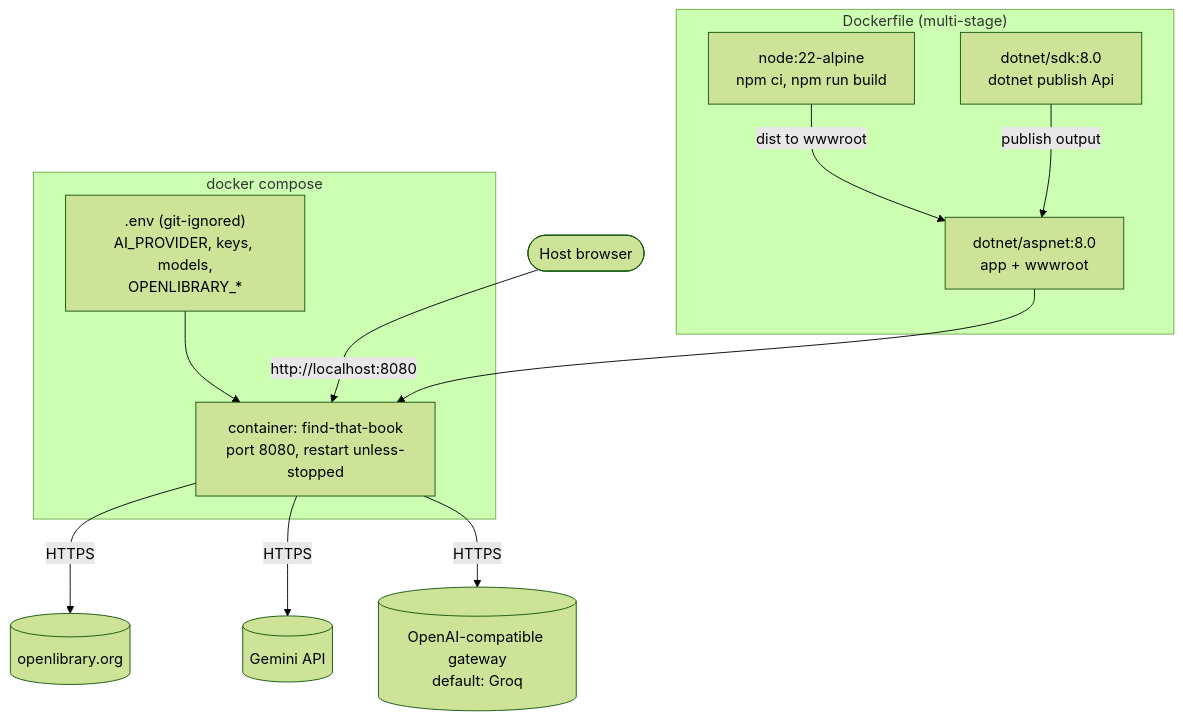
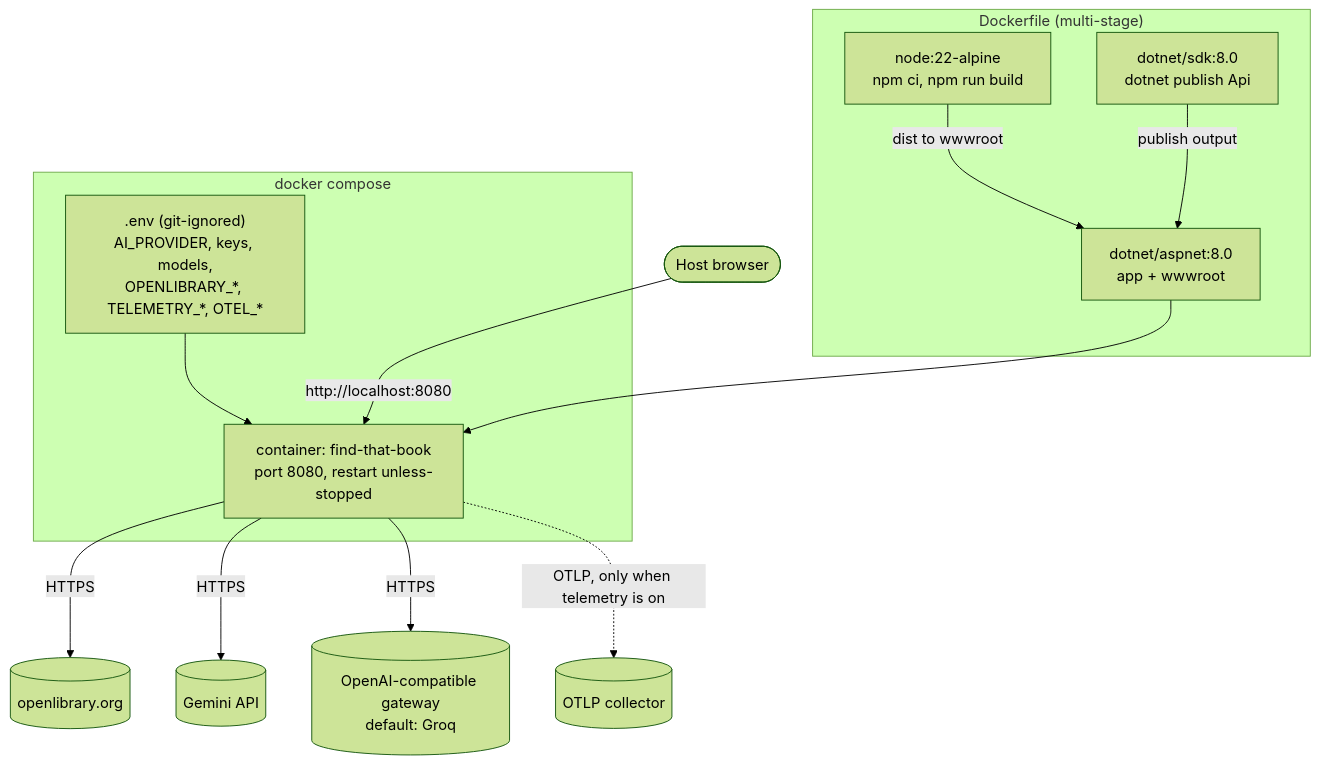
One commit to juan-alvarez-at-trip-arc/find-that-book changed the first of 2 diagrams in docs/architecture/05-infrastructure.md. Above: the diagram before and after it, drawn with Mermaid (forest theme). The commit also changed other lines of this file and 24 other files, not shown here.

````diff
--- a/docs/architecture/05-infrastructure.md
+++ b/docs/architecture/05-infrastructure.md
@@ -5,22 +5,23 @@
 ```mermaid
 flowchart TB
     subgraph build["Dockerfile (multi-stage)"]
         s1["node:22-alpine<br/>npm ci, npm run build"]
         s2["dotnet/sdk:8.0<br/>dotnet publish Api"]
         s3["dotnet/aspnet:8.0<br/>app + wwwroot"]
         s1 -- "dist to wwwroot" --> s3
         s2 -- "publish output" --> s3
     end
 
     subgraph compose["docker compose"]
-        env[".env (git-ignored)<br/>AI_PROVIDER, keys, models,<br/>OPENLIBRARY_*"]
+        env[".env (git-ignored)<br/>AI_PROVIDER, keys, models,<br/>OPENLIBRARY_*, TELEMETRY_*, OTEL_*"]
         ctr["container: find-that-book<br/>port 8080, restart unless-stopped"]
         env --> ctr
     end
 
     s3 --> ctr
     ctr -- "HTTPS" --> ol[(openlibrary.org)]
     ctr -- "HTTPS" --> gem[(Gemini API)]
     ctr -- "HTTPS" --> oai[("OpenAI-compatible gateway<br/>default: Groq")]
+    ctr -. "OTLP, only when telemetry is on" .-> otlp[(OTLP collector)]
     host([Host browser]) -- "http://localhost:8080" --> ctr
 ```
````
